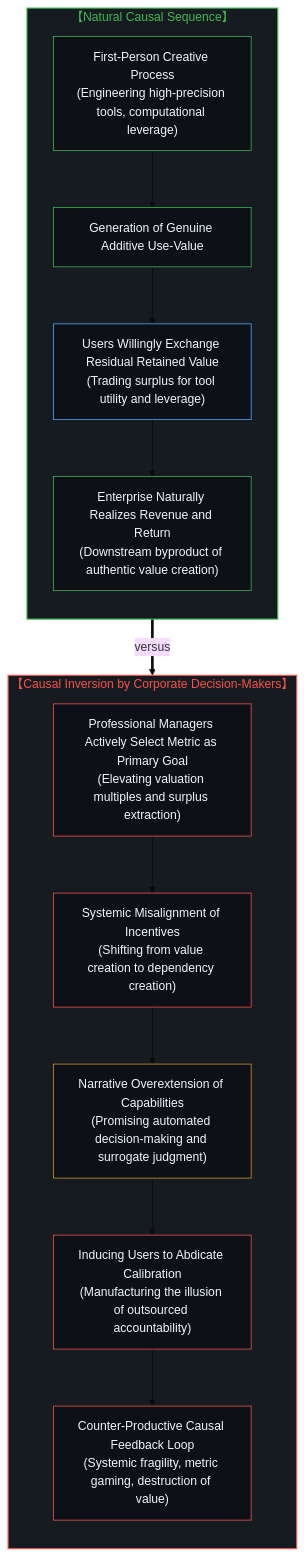
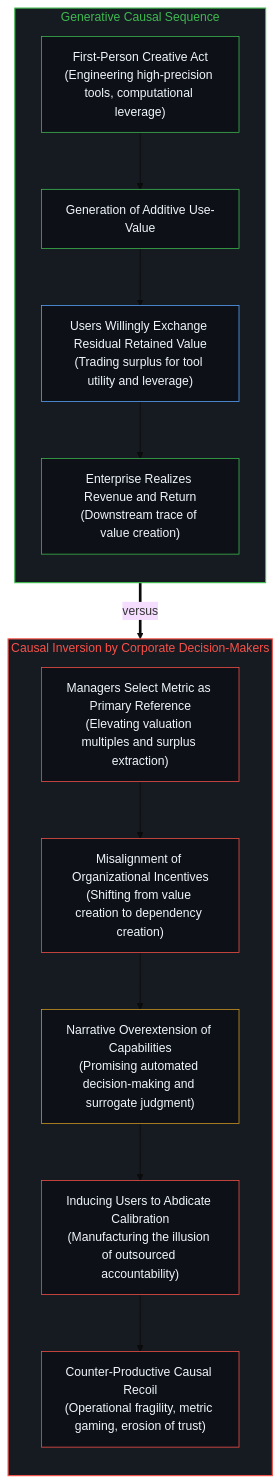
One commit to powerpig99/not-a-toe changed the sixth of 12 diagrams in content/posts/the-delegation-of-the-task-and-the-inalienability-of-consequences.md. Above: the diagram before and after it, drawn with Mermaid (base theme). The commit also changed other lines of this file and 1 other file, not shown here.

Commit message:
Refine L1 #8 (Wave 3): the-delegation-of-the-task-and-the-inalienability-of-consequences

````diff
--- a/content/posts/the-delegation-of-the-task-and-the-inalienability-of-consequences.md
+++ b/content/posts/the-delegation-of-the-task-and-the-inalienability-of-consequences.md
@@ -191,31 +189,31 @@
 ```mermaid
-graph TD
-    subgraph Natural_Causal_Order_EN["【Natural Causal Sequence】"]
+flowchart TD
+    subgraph S_Natural["Generative Causal Sequence"]
         direction TB
-        V1_EN["First-Person Creative Process<br/>(Engineering high-precision tools, computational leverage)"] --> V2_EN["Generation of Genuine Additive Use-Value"]
-        V2_EN --> V3_EN["Users Willingly Exchange Residual Retained Value<br/>(Trading surplus for tool utility and leverage)"]
-        V3_EN --> V4_EN["Enterprise Naturally Realizes Revenue and Return<br/>(Downstream byproduct of authentic value creation)"]
+        V1["First-Person Creative Act<br/>(Engineering high-precision tools, computational leverage)"] --> V2["Generation of Additive Use-Value"]
+        V2 --> V3["Users Willingly Exchange Residual Retained Value<br/>(Trading surplus for tool utility and leverage)"]
+        V3 --> V4["Enterprise Realizes Revenue and Return<br/>(Downstream trace of value creation)"]
     end
 
-    subgraph Inverted_Causal_Order_EN["【Causal Inversion by Corporate Decision-Makers】"]
+    subgraph S_Inverted["Causal Inversion by Corporate Decision-Makers"]
         direction TB
-        I1_EN["Professional Managers Actively Select Metric as Primary Goal<br/>(Elevating valuation multiples and surplus extraction)"] --> I2_EN["Systemic Misalignment of Incentives<br/>(Shifting from value creation to dependency creation)"]
-        I2_EN --> I3_EN["Narrative Overextension of Capabilities<br/>(Promising automated decision-making and surrogate judgment)"]
-        I3_EN --> I4_EN["Inducing Users to Abdicate Calibration<br/>(Manufacturing the illusion of outsourced accountability)"]
-        I4_EN --> I5_EN["Counter-Productive Causal Feedback Loop<br/>(Systemic fragility, metric gaming, destruction of value)"]
+        I1["Managers Select Metric as Primary Reference<br/>(Elevating valuation multiples and surplus extraction)"] --> I2["Misalignment of Organizational Incentives<br/>(Shifting from value creation to dependency creation)"]
+        I2 --> I3["Narrative Overextension of Capabilities<br/>(Promising automated decision-making and surrogate judgment)"]
+        I3 --> I4["Inducing Users to Abdicate Calibration<br/>(Manufacturing the illusion of outsourced accountability)"]
+        I4 --> I5["Counter-Productive Causal Recoil<br/>(Operational fragility, metric gaming, erosion of trust)"]
     end
 
-    Natural_Causal_Order_EN ==>|"versus"| Inverted_Causal_Order_EN
+    S_Natural ==>|"versus"| S_Inverted
 
-    style Natural_Causal_Order_EN fill:#161b22,stroke:#3fb950,stroke-width:1.5px,color:#3fb950
-    style Inverted_Causal_Order_EN fill:#161b22,stroke:#f85149,stroke-width:1.5px,color:#f85149
-    style V1_EN fill:#0d1117,stroke:#3fb950,stroke-width:1px,color:#f0f6fc
-    style V2_EN fill:#0d1117,stroke:#3fb950,stroke-width:1px,color:#f0f6fc
-    style V3_EN fill:#0d1117,stroke:#58a6ff,stroke-width:1px,color:#f0f6fc
-    style V4_EN fill:#0d1117,stroke:#3fb950,stroke-width:1px,color:#f0f6fc
-    style I1_EN fill:#0d1117,stroke:#f85149,stroke-width:1px,color:#f0f6fc
-    style I2_EN fill:#0d1117,stroke:#f85149,stroke-width:1px,color:#f0f6fc
-    style I3_EN fill:#0d1117,stroke:#d29922,stroke-width:1px,color:#f0f6fc
-    style I4_EN fill:#0d1117,stroke:#f85149,stroke-width:1px,color:#f0f6fc
-    style I5_EN fill:#0d1117,stroke:#f85149,stroke-width:1px,color:#f0f6fc
+    style S_Natural fill:#161b22,stroke:#3fb950,stroke-width:1.5px,color:#3fb950
+    style S_Inverted fill:#161b22,stroke:#f85149,stroke-width:1.5px,color:#f85149
+    style V1 fill:#0d1117,stroke:#3fb950,stroke-width:1px,color:#f0f6fc
+    style V2 fill:#0d1117,stroke:#3fb950,stroke-width:1px,color:#f0f6fc
+    style V3 fill:#0d1117,stroke:#58a6ff,stroke-width:1px,color:#f0f6fc
+    style V4 fill:#0d1117,stroke:#3fb950,stroke-width:1px,color:#f0f6fc
+    style I1 fill:#0d1117,stroke:#f85149,stroke-width:1px,color:#f0f6fc
+    style I2 fill:#0d1117,stroke:#f85149,stroke-width:1px,color:#f0f6fc
+    style I3 fill:#0d1117,stroke:#d29922,stroke-width:1px,color:#f0f6fc
+    style I4 fill:#0d1117,stroke:#f85149,stroke-width:1px,color:#f0f6fc
+    style I5 fill:#0d1117,stroke:#f85149,stroke-width:1px,color:#f0f6fc
 ```
````
